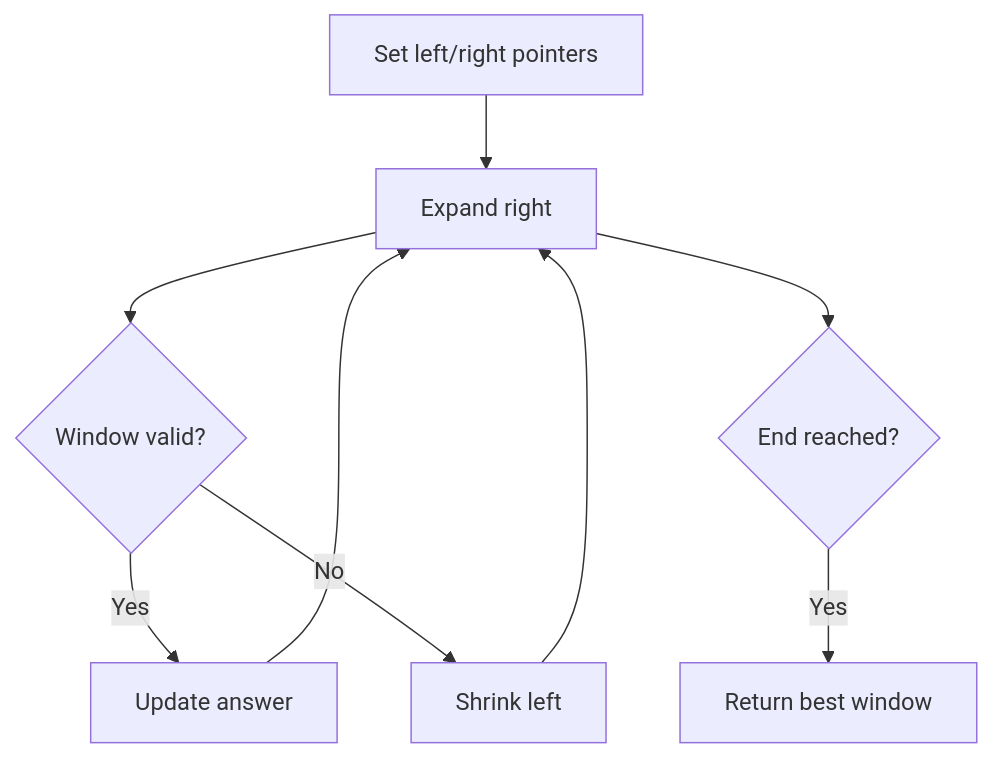
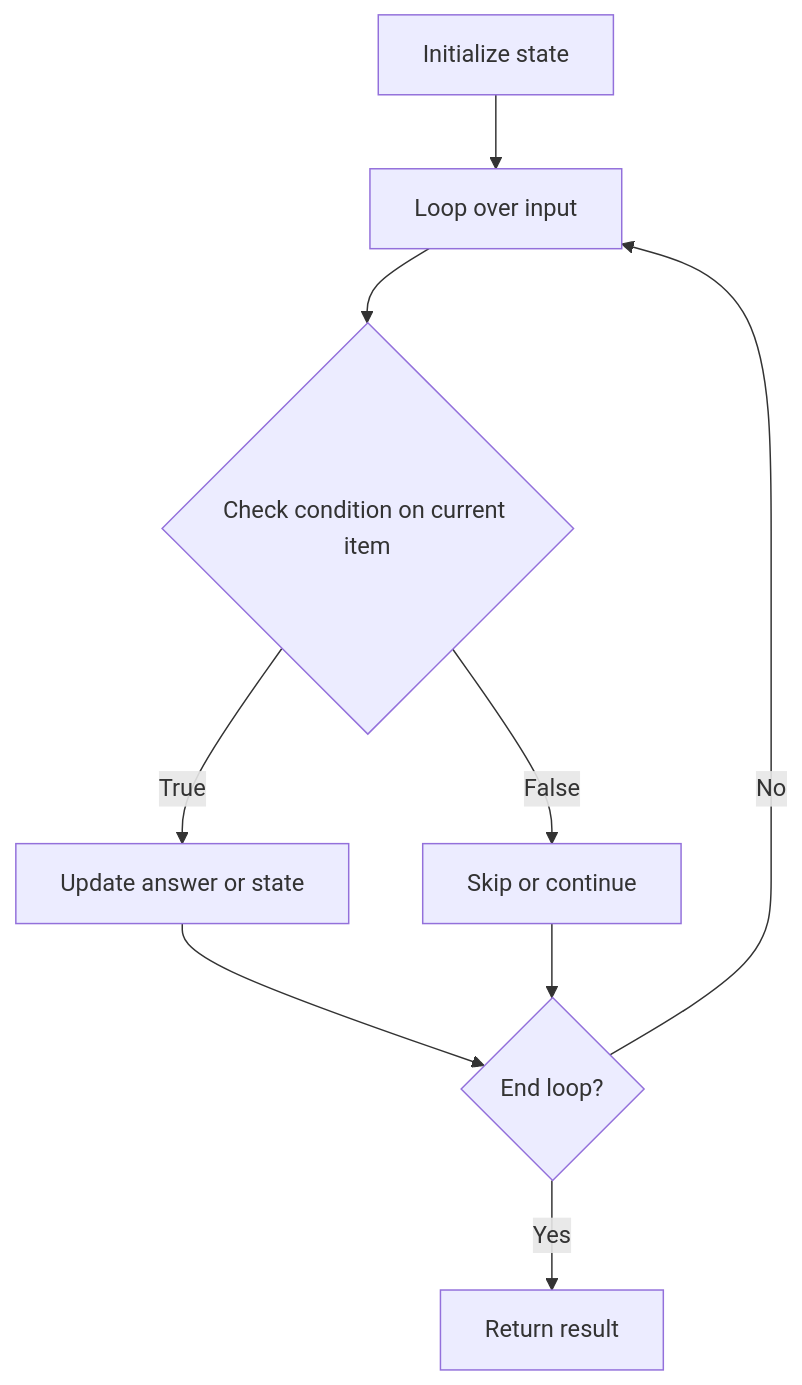
One commit to keshav-poojary/Leetcode changed the diagram in NeetCode-Submissions/03.sliding-window/01.best-time-to-buy-and-sell-stocks/readme.md. Above: the diagram before and after it, drawn with Mermaid. The commit also changed 105 other files, not shown here.

Commit message:
Add NeetCode README docs with mermaid diagrams

````diff
--- a/NeetCode-Submissions/03.sliding-window/01.best-time-to-buy-and-sell-stocks/readme.md
+++ b/NeetCode-Submissions/03.sliding-window/01.best-time-to-buy-and-sell-stocks/readme.md
@@ -34,11 +34,11 @@
 ```mermaid
 flowchart TD
-    A[Set left/right pointers] --> B[Expand right]
-    B --> C{Window valid?}
-    C -- Yes --> D[Update answer]
-    C -- No --> E[Shrink left]
-    D --> B
-    E --> B
-    B --> F{End reached?}
-    F -- Yes --> G[Return best window]
+    A[Initialize state] --> B[Loop over input]
+    B --> C{Check condition on current item}
+    C -- True --> D[Update answer or state]
+    C -- False --> E[Skip or continue]
+    D --> F{End loop?}
+    E --> F
+    F -- No --> B
+    F -- Yes --> G[Return result]
 ```
````
